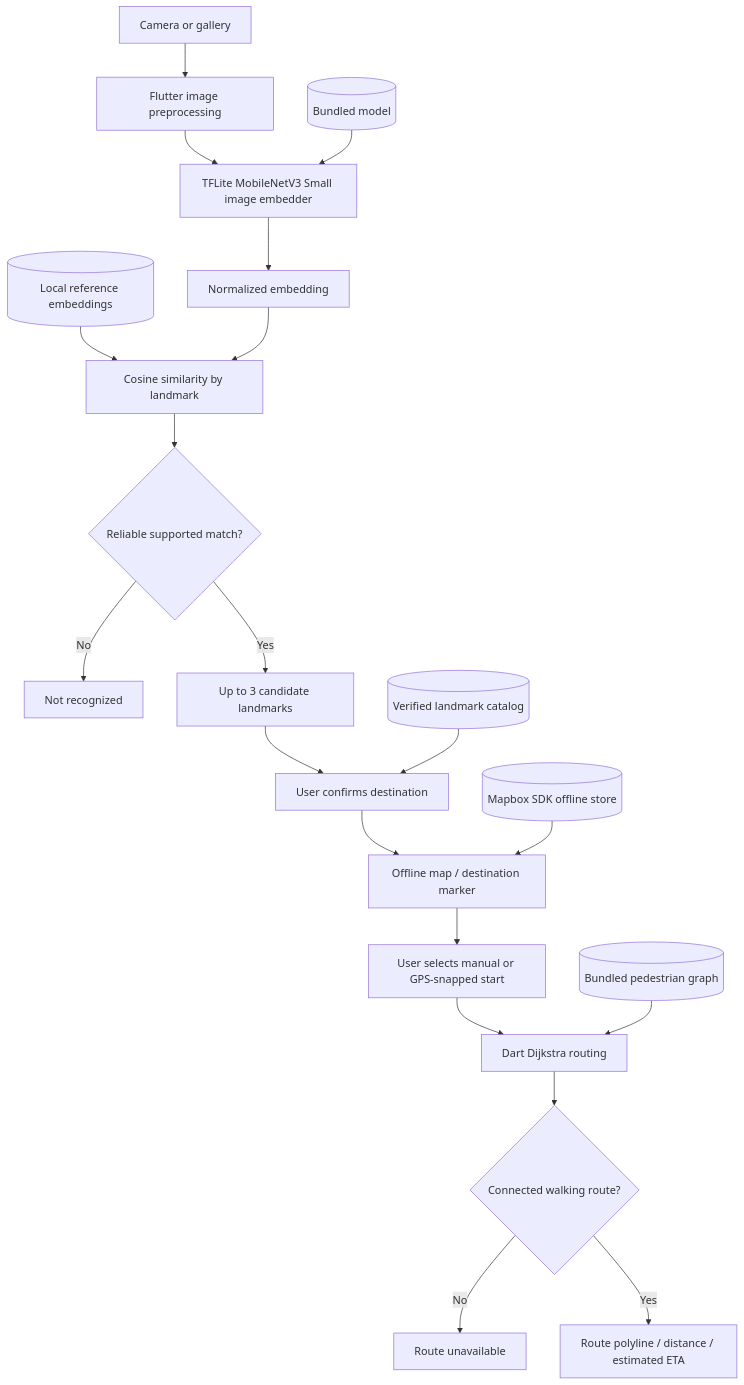
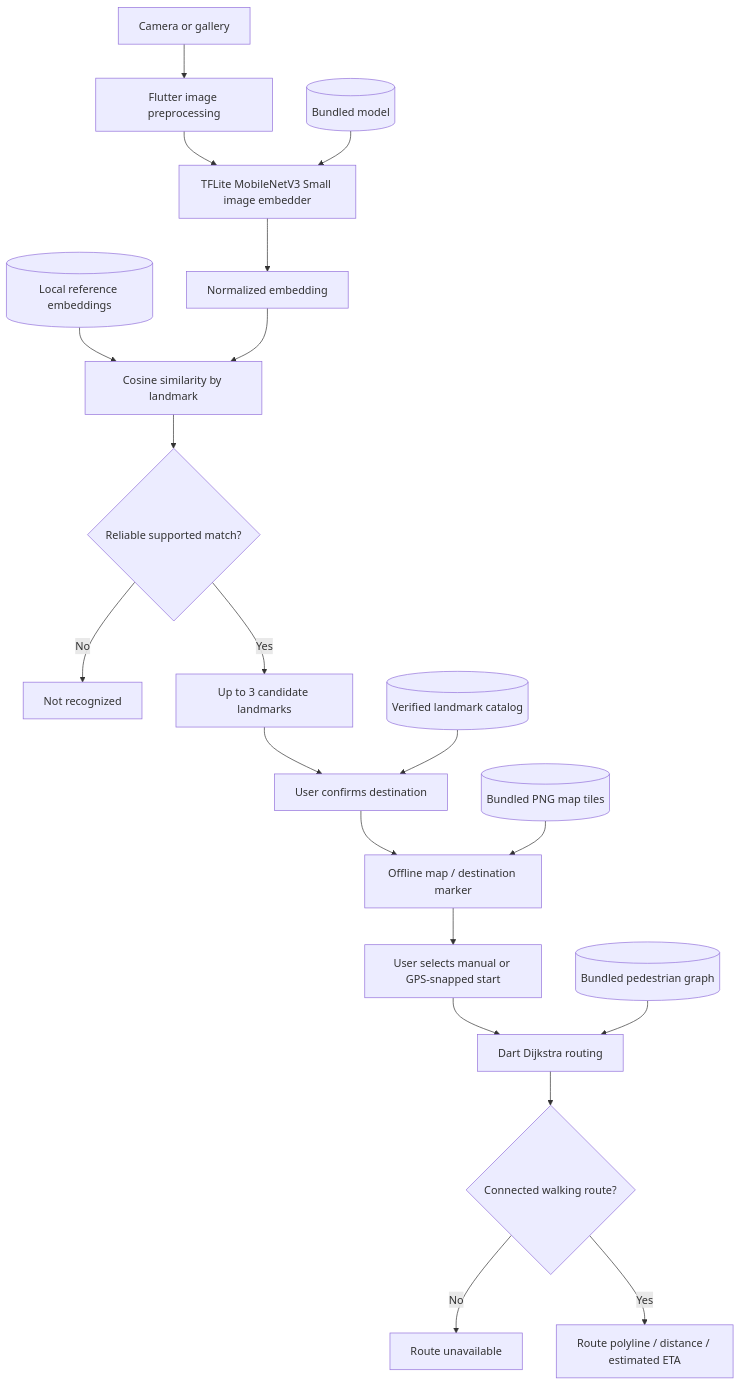
The diagram in README.md (hiroqt/tunton-ai), drawn with Mermaid before and after one commit. The commit also changed other lines of this file and 29 other files, not shown here.

````diff
--- a/README.md
+++ b/README.md
@@ -102,22 +102,22 @@
 ```mermaid
 flowchart TD
     A[Camera or gallery] --> B[Flutter image preprocessing]
     B --> C[TFLite MobileNetV3 Small image embedder]
     M[(Bundled model)] --> C
     C --> D[Normalized embedding]
     R[(Local reference embeddings)] --> E[Cosine similarity by landmark]
     D --> E
     E --> F{Reliable supported match?}
     F -->|No| G[Not recognized]
     F -->|Yes| H[Up to 3 candidate landmarks]
     H --> I[User confirms destination]
     L[(Verified landmark catalog)] --> I
     I --> J[Offline map / destination marker]
-    T[(Mapbox SDK offline store)] --> J
+    T[(Bundled PNG map tiles)] --> J
     J --> K[User selects manual or GPS-snapped start]
     K --> N[Dart Dijkstra routing]
     W[(Bundled pedestrian graph)] --> N
     N --> O{Connected walking route?}
     O -->|No| P[Route unavailable]
     O -->|Yes| Q[Route polyline / distance / estimated ETA]
 ```
````
